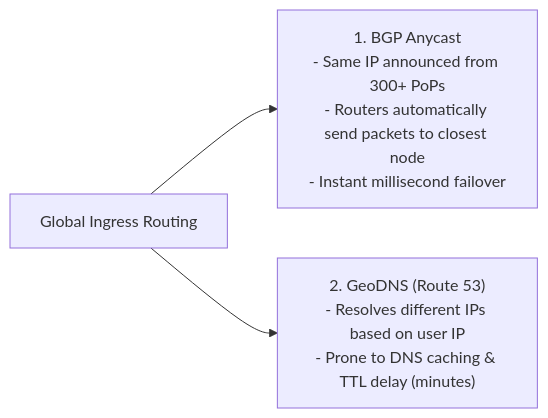
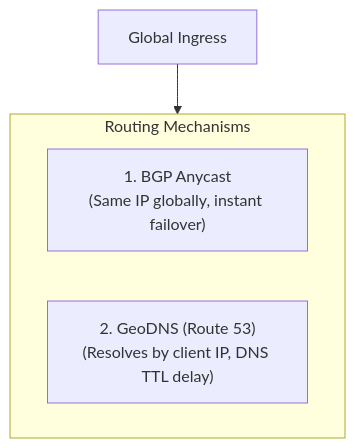
One commit to Sourav108/strivers-lld changed the second of 2 diagrams in strivers-hld/13-Multi-Region-and-Global-Scale/README.md. Above: the diagram before and after it, drawn with Mermaid. The commit also changed other lines of this file and 39 other files, not shown here.

Commit message:
fix(mermaid): wrap node labels, simplify diamonds, and reformat wide diagrams for perfect GitHub rendering

````diff
--- a/strivers-hld/13-Multi-Region-and-Global-Scale/README.md
+++ b/strivers-hld/13-Multi-Region-and-Global-Scale/README.md
@@ -32,5 +32,11 @@
 ```mermaid
-flowchart LR
-    Routing["Global Ingress Routing"] --> Anycast["1. BGP Anycast<br/>- Same IP announced from 300+ PoPs<br/>- Routers automatically send packets to closest node<br/>- Instant millisecond failover"]
-    Routing --> GeoDNS["2. GeoDNS (Route 53)<br/>- Resolves different IPs based on user IP<br/>- Prone to DNS caching & TTL delay (minutes)"]
+flowchart TD
+    Routing["Global Ingress"]
+    
+    subgraph RoutingOptions["Routing Mechanisms"]
+        Anycast["1. BGP Anycast<br/>(Same IP globally, instant failover)"]
+        GeoDNS["2. GeoDNS (Route 53)<br/>(Resolves by client IP, DNS TTL delay)"]
+    end
+
+    Routing --> RoutingOptions
 ```
````
